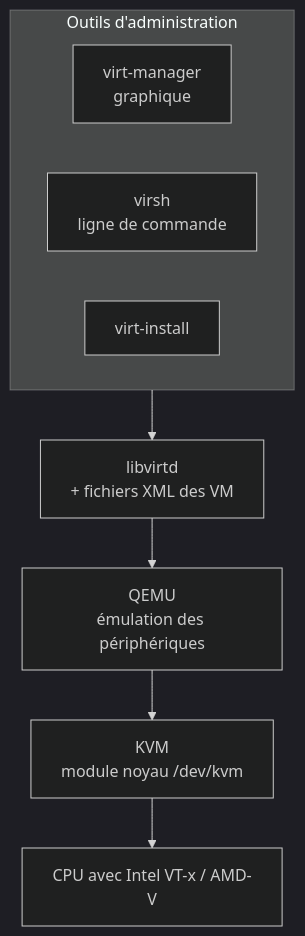
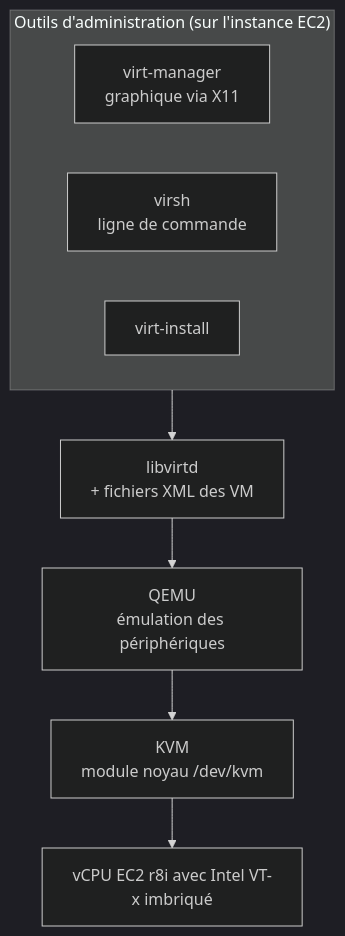
One commit to maymounabensaid/hypervisor-labs changed the first of 3 diagrams in kvm/README.md. Above: the diagram before and after it, drawn with Mermaid (dark theme). The commit also changed other lines of this file and 2 other files, not shown here.

````diff
--- a/kvm/README.md
+++ b/kvm/README.md
@@ -20,12 +19,13 @@
 ```mermaid
 flowchart TB
-    subgraph Outils["Outils d'administration"]
-        A[virt-manager<br/>graphique]
+    subgraph Outils["Outils d'administration (sur l'instance EC2)"]
+        A[virt-manager<br/>graphique via X11]
         B[virsh<br/>ligne de commande]
         C[virt-install]
     end
     Outils --> D[libvirtd<br/>+ fichiers XML des VM]
     D --> E[QEMU<br/>émulation des périphériques]
     E --> F[KVM<br/>module noyau /dev/kvm]
-    F --> G[CPU avec Intel VT-x / AMD-V]
+    F --> G[vCPU EC2 r8i avec Intel VT-x imbriqué]
+
 ```
````
